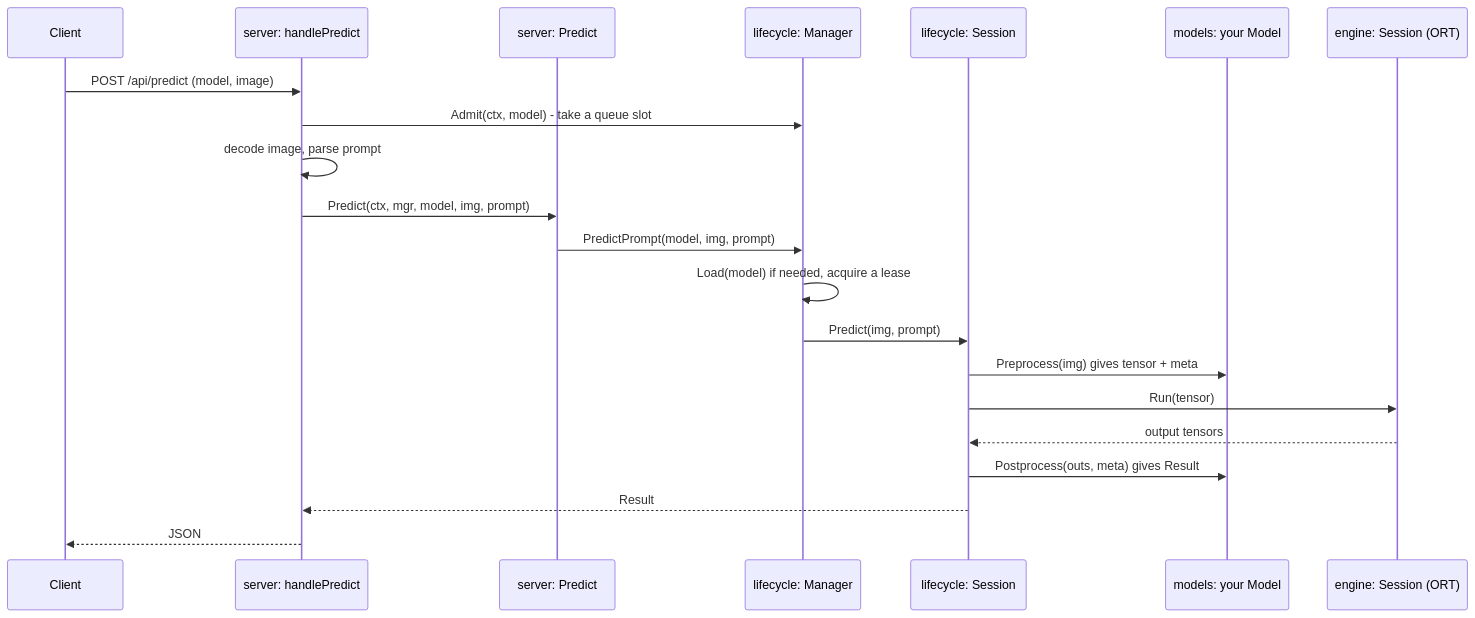
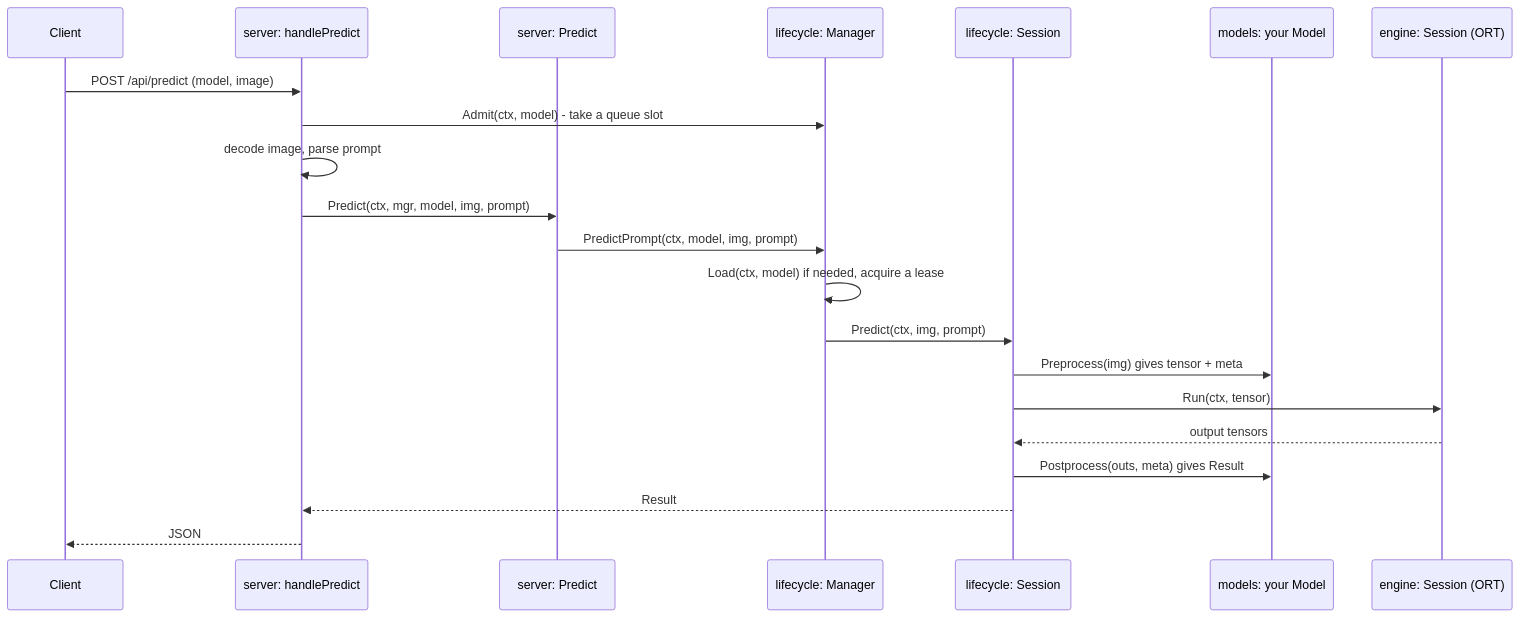
One commit to mtbui2010/vision_serve changed the diagram in website/docs/go/index.md. Above: the diagram before and after it, drawn with Mermaid. The commit also changed other lines of this file and 16 other files, not shown here.

````diff
--- a/website/docs/go/index.md
+++ b/website/docs/go/index.md
@@ -133,23 +133,23 @@
 ```mermaid
 sequenceDiagram
     participant C as Client
     participant H as server: handlePredict
     participant P as server: Predict
     participant M as lifecycle: Manager
     participant S as lifecycle: Session
     participant Mo as models: your Model
     participant E as engine: Session (ORT)
     C->>H: POST /api/predict (model, image)
     H->>M: Admit(ctx, model) - take a queue slot
     H->>H: decode image, parse prompt
     H->>P: Predict(ctx, mgr, model, img, prompt)
-    P->>M: PredictPrompt(model, img, prompt)
-    M->>M: Load(model) if needed, acquire a lease
-    M->>S: Predict(img, prompt)
+    P->>M: PredictPrompt(ctx, model, img, prompt)
+    M->>M: Load(ctx, model) if needed, acquire a lease
+    M->>S: Predict(ctx, img, prompt)
     S->>Mo: Preprocess(img) gives tensor + meta
-    S->>E: Run(tensor)
+    S->>E: Run(ctx, tensor)
     E-->>S: output tensors
     S->>Mo: Postprocess(outs, meta) gives Result
     S-->>H: Result
     H-->>C: JSON
 ```
````
